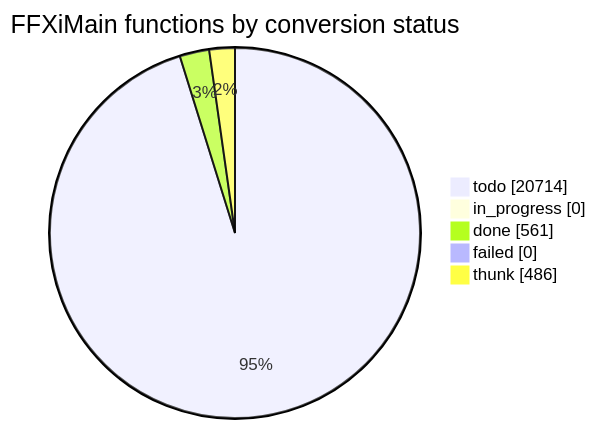
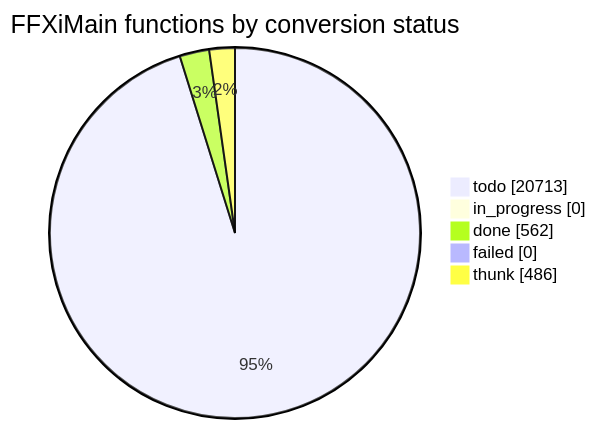
Before and after one commit to cowrevenge/cow_kuluu_xi_anything: the diagram in docs/cow/STATUS.md, drawn with Mermaid. The commit also changed other lines of this file and 9 other files, not shown here.

````diff
--- a/docs/cow/STATUS.md
+++ b/docs/cow/STATUS.md
@@ -18,9 +18,9 @@
 ```mermaid
 pie showData
     title FFXiMain functions by conversion status
-    "todo" : 20714
+    "todo" : 20713
     "in_progress" : 0
-    "done" : 561
+    "done" : 562
     "failed" : 0
     "thunk" : 486
 ```
````
